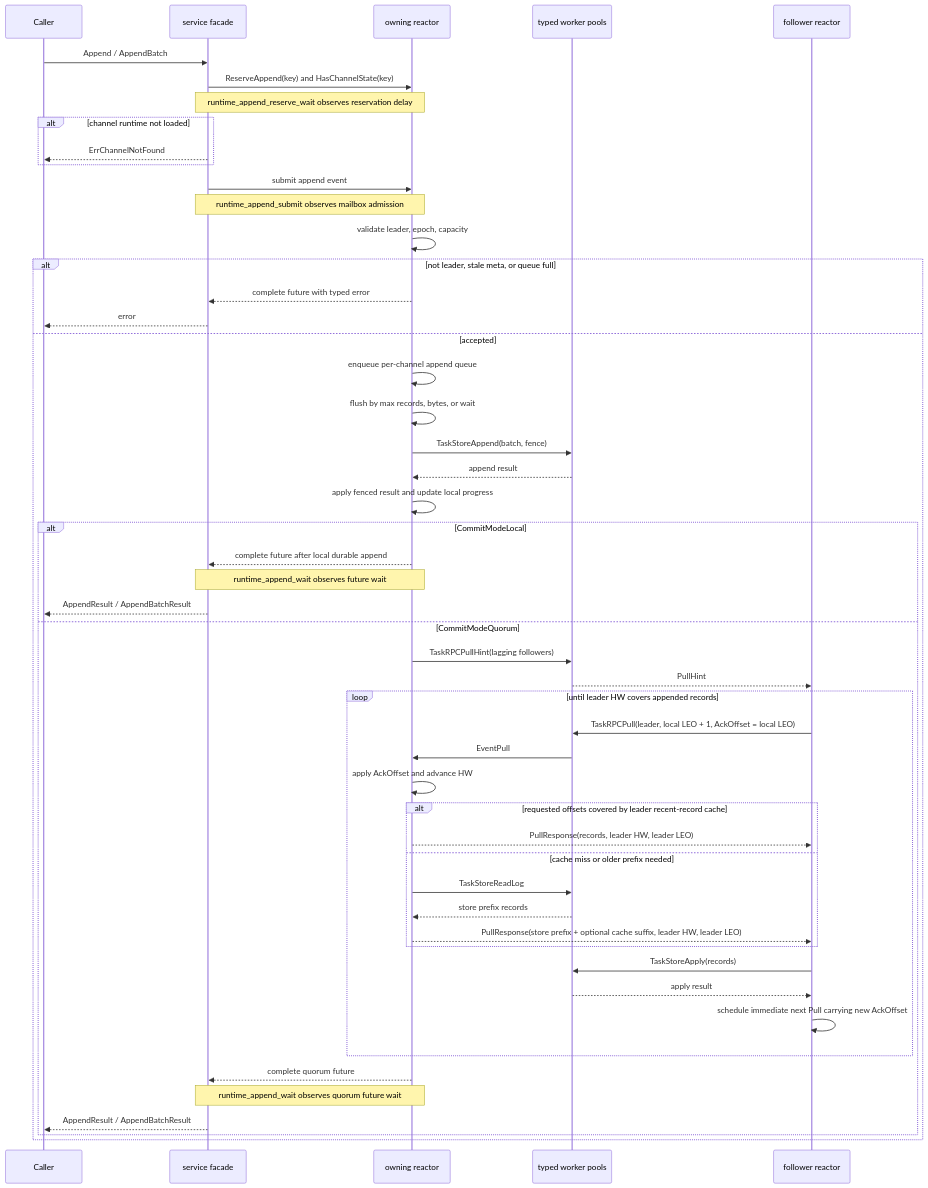
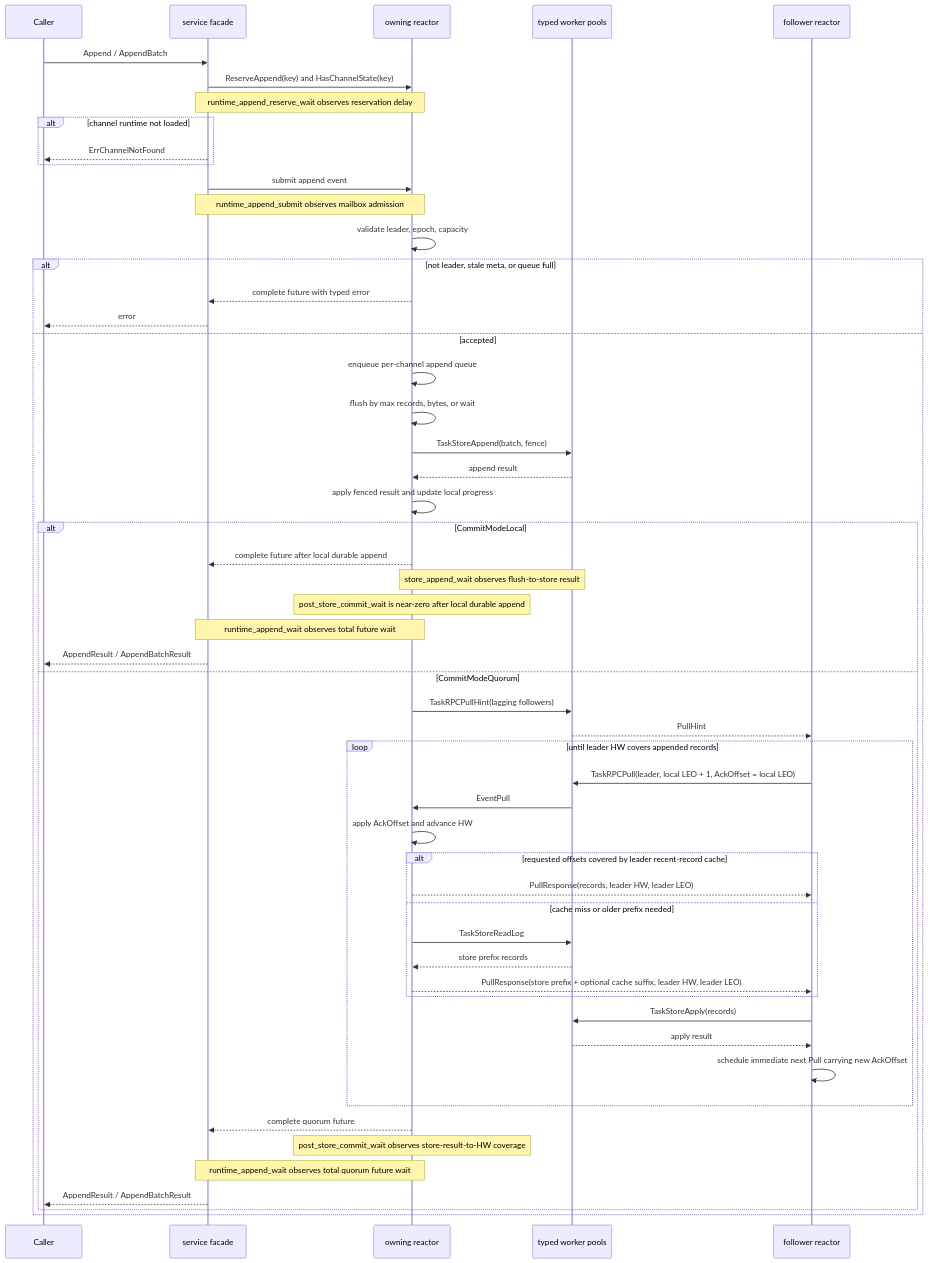
Before and after one commit to WuKongIM/WuKongIM: the first of 2 diagrams in pkg/channelv2/FLOW.md, drawn with Mermaid. The commit also changed other lines of this file and 17 other files, not shown here.

Commit message:
feat(metrics): split channel append future wait

````diff
--- a/pkg/channelv2/FLOW.md
+++ b/pkg/channelv2/FLOW.md
@@ -23,55 +23,58 @@
 ```mermaid
 sequenceDiagram
     participant Caller
     participant Service as service facade
     participant Reactor as owning reactor
     participant Workers as typed worker pools
     participant Follower as follower reactor
 
     Caller->>Service: Append / AppendBatch
     Service->>Reactor: ReserveAppend(key) and HasChannelState(key)
     Note over Service,Reactor: runtime_append_reserve_wait observes reservation delay
     alt channel runtime not loaded
         Service-->>Caller: ErrChannelNotFound
     end
     Service->>Reactor: submit append event
     Note over Service,Reactor: runtime_append_submit observes mailbox admission
     Reactor->>Reactor: validate leader, epoch, capacity
     alt not leader, stale meta, or queue full
         Reactor-->>Service: complete future with typed error
         Service-->>Caller: error
     else accepted
         Reactor->>Reactor: enqueue per-channel append queue
         Reactor->>Reactor: flush by max records, bytes, or wait
         Reactor->>Workers: TaskStoreAppend(batch, fence)
         Workers-->>Reactor: append result
         Reactor->>Reactor: apply fenced result and update local progress
 
         alt CommitModeLocal
             Reactor-->>Service: complete future after local durable append
-            Note over Service,Reactor: runtime_append_wait observes future wait
+            Note over Reactor,Workers: store_append_wait observes flush-to-store result
+            Note over Reactor: post_store_commit_wait is near-zero after local durable append
+            Note over Service,Reactor: runtime_append_wait observes total future wait
             Service-->>Caller: AppendResult / AppendBatchResult
         else CommitModeQuorum
             Reactor->>Workers: TaskRPCPullHint(lagging followers)
             Workers-->>Follower: PullHint
             loop until leader HW covers appended records
                 Follower->>Workers: TaskRPCPull(leader, local LEO + 1, AckOffset = local LEO)
                 Workers->>Reactor: EventPull
                 Reactor->>Reactor: apply AckOffset and advance HW
                 alt requested offsets covered by leader recent-record cache
                     Reactor-->>Follower: PullResponse(records, leader HW, leader LEO)
                 else cache miss or older prefix needed
                     Reactor->>Workers: TaskStoreReadLog
                     Workers-->>Reactor: store prefix records
                     Reactor-->>Follower: PullResponse(store prefix + optional cache suffix, leader HW, leader LEO)
                 end
                 Follower->>Workers: TaskStoreApply(records)
                 Workers-->>Follower: apply result
                 Follower->>Follower: schedule immediate next Pull carrying new AckOffset
             end
             Reactor-->>Service: complete quorum future
-            Note over Service,Reactor: runtime_append_wait observes quorum future wait
+            Note over Reactor: post_store_commit_wait observes store-result-to-HW coverage
+            Note over Service,Reactor: runtime_append_wait observes total quorum future wait
             Service-->>Caller: AppendResult / AppendBatchResult
         end
     end
 ```
````
